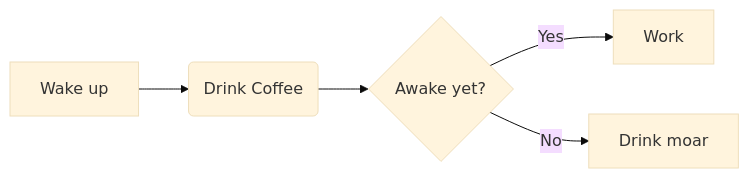
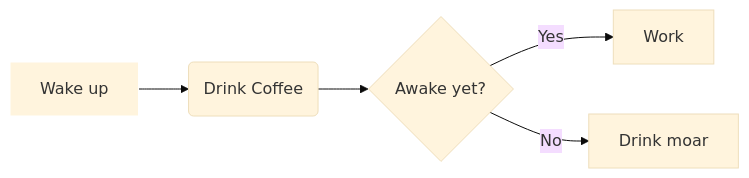
One commit to purpl3f0xtesting/purpl3f0xtesting.github.io changed the first of 2 diagrams in _posts/2019-10-19-test.md. Above: the diagram before and after it, drawn with Mermaid (base theme).

```diff
--- a/_posts/2019-10-19-test.md
+++ b/_posts/2019-10-19-test.md
@@ -6,8 +6,8 @@
 <div class="mermaid">
   graph LR
     A[Wake up] --> B(Drink Coffee)
 	B --> C{Awake yet?}
 	C --> |Yes| D[Work]
 	C --> |No| E[Drink moar]
-    style A stroke:'white'
+    style A stroke:#FFF
 </div>
```
